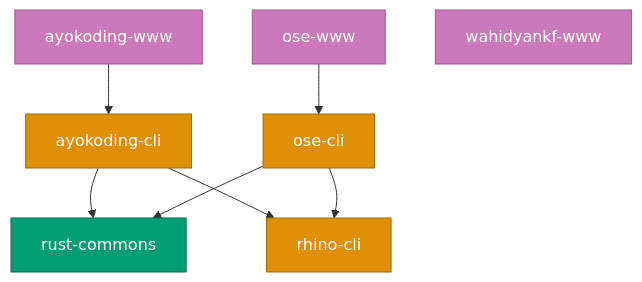
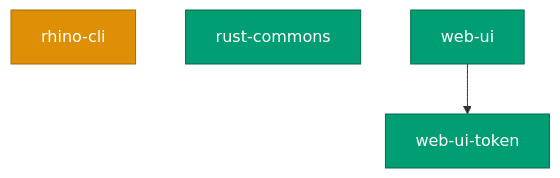
One commit to wahidyankf/baseerah changed the first of 2 diagrams in docs/reference/project-dependency-graph.md. Above: the diagram before and after it, drawn with Mermaid. The commit also changed other lines of this file and 2059 other files, not shown here.

First line of the commit message:
chore(governance): prune app-scoped agents, skills, docs, and the OSE plan archive

````diff
--- a/docs/reference/project-dependency-graph.md
+++ b/docs/reference/project-dependency-graph.md
@@ -57,33 +63,19 @@
 ```mermaid
 graph TD
-  %% Content sites (top level)
-  AKW[ayokoding-www]
-  OPW[ose-www]
-  WKF[wahidyankf-www]
-
-  %% CLI tools
-  AKC[ayokoding-cli]
-  OPC[ose-cli]
+  %% Current app
   RC[rhino-cli]
 
-  %% Rust lib
+  %% Current libs
   RSC[rust-commons]
+  WUI[web-ui]
+  WUT[web-ui-token]
 
-  %% Content site → CLI
-  AKW --> AKC
-  OPW --> OPC
-
-  %% CLI → shared libs
-  AKC --> RSC
-  AKC --> RC
-  OPC --> RSC
-  OPC --> RC
+  %% Edges
+  WUI --> WUT
 
   classDef lib fill:#029E73,stroke:#016B4E,color:#FFFFFF
   classDef cli fill:#DE8F05,stroke:#A56A04,color:#FFFFFF
-  classDef site fill:#CC78BC,stroke:#9A5A8E,color:#FFFFFF
 
-  class RSC lib
-  class RC,AKC,OPC cli
-  class AKW,OPW,WKF site
+  class RSC,WUI,WUT lib
+  class RC cli
 ```
````
